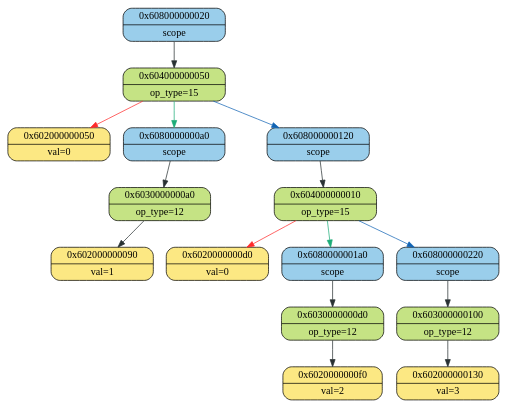
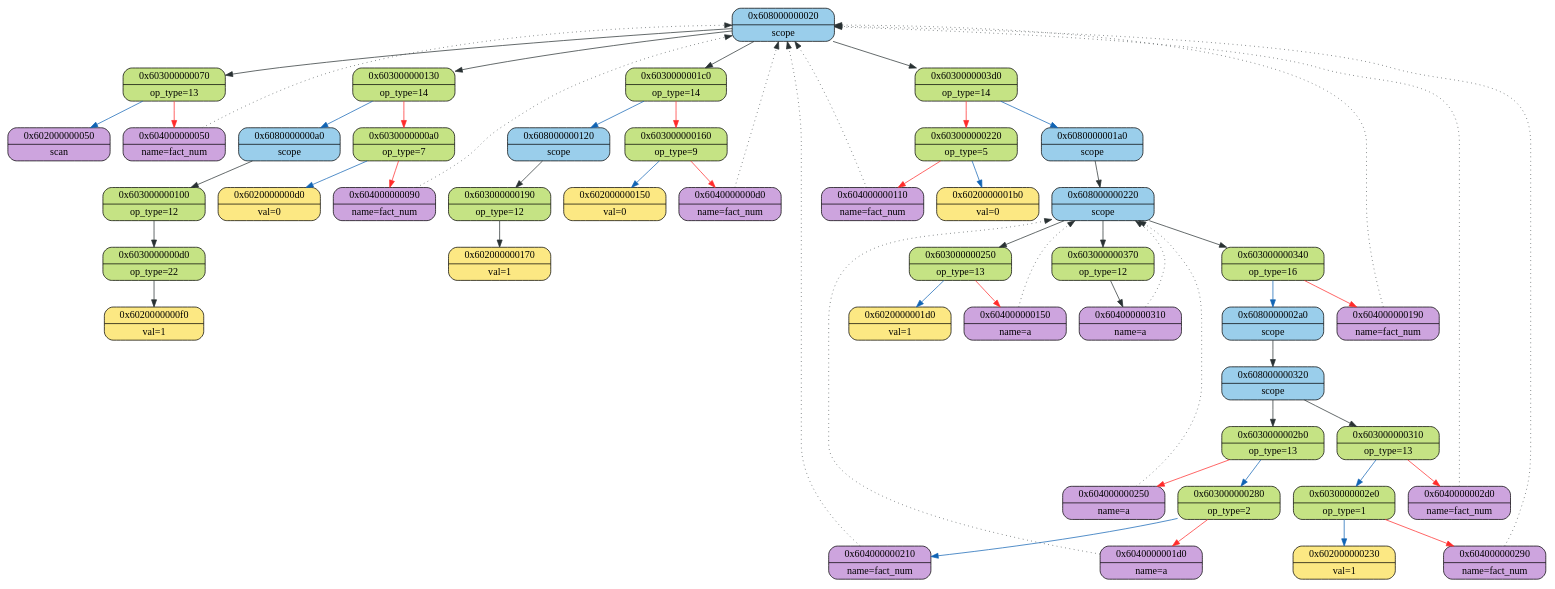
The diagram in ast/logs/log_graphviz.dot (2APetrin/ParaCL), drawn with Graphviz before and after one commit. The commit also changed 3 other files, not shown here.

```diff
--- a/ast/logs/log_graphviz.dot
+++ b/ast/logs/log_graphviz.dot
@@ -1,32 +1,102 @@
 digraph
 {
     node_0x608000000020[shape = Mrecord, label = "{{0x608000000020} | {scope}}", style = "filled", fillcolor = "#9ACEEB"];
-    node_0x604000000050[shape = Mrecord, label = "{{0x604000000050} | {op_type=15}}", style = "filled", fillcolor = "#C5E384"];
-    node_0x602000000050[shape = Mrecord, label = "{{0x602000000050} | {val=0}}", style = "filled", fillcolor = "#FCE883"];
+    node_0x603000000070[shape = Mrecord, label = "{{0x603000000070} | {op_type=13}}", style = "filled", fillcolor = "#C5E384"];
+    node_0x604000000050[shape = Mrecord, label = "{{0x604000000050} | {name=fact_num}}", style = "filled", fillcolor = "#CDA4DE"];
+    node_0x604000000050->node_0x608000000020 [ style = "dotted", color = "#293133"];
+    node_0x602000000050[shape = Mrecord, label = "{{0x602000000050} | {scan}}", style = "filled", fillcolor = "#CDA4DE"];
+    node_0x603000000070->node_0x604000000050 [color = "#FF2B2B"];
+    node_0x603000000070->node_0x602000000050 [color = "#1164B4"];
+    node_0x608000000020->node_0x603000000070 [color = "#293133"];
+    node_0x603000000130[shape = Mrecord, label = "{{0x603000000130} | {op_type=14}}", style = "filled", fillcolor = "#C5E384"];
+    node_0x6030000000a0[shape = Mrecord, label = "{{0x6030000000a0} | {op_type=7}}", style = "filled", fillcolor = "#C5E384"];
+    node_0x604000000090[shape = Mrecord, label = "{{0x604000000090} | {name=fact_num}}", style = "filled", fillcolor = "#CDA4DE"];
+    node_0x604000000090->node_0x608000000020 [ style = "dotted", color = "#293133"];
+    node_0x6020000000d0[shape = Mrecord, label = "{{0x6020000000d0} | {val=0}}", style = "filled", fillcolor = "#FCE883"];
+    node_0x6030000000a0->node_0x604000000090 [color = "#FF2B2B"];
+    node_0x6030000000a0->node_0x6020000000d0 [color = "#1164B4"];
     node_0x6080000000a0[shape = Mrecord, label = "{{0x6080000000a0} | {scope}}", style = "filled", fillcolor = "#9ACEEB"];
-    node_0x6030000000a0[shape = Mrecord, label = "{{0x6030000000a0} | {op_type=12}}", style = "filled", fillcolor = "#C5E384"];
-    node_0x602000000090[shape = Mrecord, label = "{{0x602000000090} | {val=1}}", style = "filled", fillcolor = "#FCE883"];
-    node_0x6030000000a0->node_0x602000000090 [color = "#293133"];
-    node_0x6080000000a0->node_0x6030000000a0 [color = "#293133"];
+    node_0x603000000100[shape = Mrecord, label = "{{0x603000000100} | {op_type=12}}", style = "filled", fillcolor = "#C5E384"];
+    node_0x6030000000d0[shape = Mrecord, label = "{{0x6030000000d0} | {op_type=22}}", style = "filled", fillcolor = "#C5E384"];
+    node_0x6020000000f0[shape = Mrecord, label = "{{0x6020000000f0} | {val=1}}", style = "filled", fillcolor = "#FCE883"];
+    node_0x6030000000d0->node_0x6020000000f0 [color = "#293133"];
+    node_0x603000000100->node_0x6030000000d0 [color = "#293133"];
+    node_0x6080000000a0->node_0x603000000100 [color = "#293133"];
+    node_0x603000000130->node_0x6030000000a0 [color = "#FF2B2B"];
+    node_0x603000000130->node_0x6080000000a0 [color = "#1164B4"];
+    node_0x608000000020->node_0x603000000130 [color = "#293133"];
+    node_0x6030000001c0[shape = Mrecord, label = "{{0x6030000001c0} | {op_type=14}}", style = "filled", fillcolor = "#C5E384"];
+    node_0x603000000160[shape = Mrecord, label = "{{0x603000000160} | {op_type=9}}", style = "filled", fillcolor = "#C5E384"];
+    node_0x6040000000d0[shape = Mrecord, label = "{{0x6040000000d0} | {name=fact_num}}", style = "filled", fillcolor = "#CDA4DE"];
+    node_0x6040000000d0->node_0x608000000020 [ style = "dotted", color = "#293133"];
+    node_0x602000000150[shape = Mrecord, label = "{{0x602000000150} | {val=0}}", style = "filled", fillcolor = "#FCE883"];
+    node_0x603000000160->node_0x6040000000d0 [color = "#FF2B2B"];
+    node_0x603000000160->node_0x602000000150 [color = "#1164B4"];
     node_0x608000000120[shape = Mrecord, label = "{{0x608000000120} | {scope}}", style = "filled", fillcolor = "#9ACEEB"];
-    node_0x604000000010[shape = Mrecord, label = "{{0x604000000010} | {op_type=15}}", style = "filled", fillcolor = "#C5E384"];
-    node_0x6020000000d0[shape = Mrecord, label = "{{0x6020000000d0} | {val=0}}", style = "filled", fillcolor = "#FCE883"];
+    node_0x603000000190[shape = Mrecord, label = "{{0x603000000190} | {op_type=12}}", style = "filled", fillcolor = "#C5E384"];
+    node_0x602000000170[shape = Mrecord, label = "{{0x602000000170} | {val=1}}", style = "filled", fillcolor = "#FCE883"];
+    node_0x603000000190->node_0x602000000170 [color = "#293133"];
+    node_0x608000000120->node_0x603000000190 [color = "#293133"];
+    node_0x6030000001c0->node_0x603000000160 [color = "#FF2B2B"];
+    node_0x6030000001c0->node_0x608000000120 [color = "#1164B4"];
+    node_0x608000000020->node_0x6030000001c0 [color = "#293133"];
+    node_0x6030000003d0[shape = Mrecord, label = "{{0x6030000003d0} | {op_type=14}}", style = "filled", fillcolor = "#C5E384"];
+    node_0x603000000220[shape = Mrecord, label = "{{0x603000000220} | {op_type=5}}", style = "filled", fillcolor = "#C5E384"];
+    node_0x604000000110[shape = Mrecord, label = "{{0x604000000110} | {name=fact_num}}", style = "filled", fillcolor = "#CDA4DE"];
+    node_0x604000000110->node_0x608000000020 [ style = "dotted", color = "#293133"];
+    node_0x6020000001b0[shape = Mrecord, label = "{{0x6020000001b0} | {val=0}}", style = "filled", fillcolor = "#FCE883"];
+    node_0x603000000220->node_0x604000000110 [color = "#FF2B2B"];
+    node_0x603000000220->node_0x6020000001b0 [color = "#1164B4"];
     node_0x6080000001a0[shape = Mrecord, label = "{{0x6080000001a0} | {scope}}", style = "filled", fillcolor = "#9ACEEB"];
-    node_0x6030000000d0[shape = Mrecord, label = "{{0x6030000000d0} | {op_type=12}}", style = "filled", fillcolor = "#C5E384"];
-    node_0x6020000000f0[shape = Mrecord, label = "{{0x6020000000f0} | {val=2}}", style = "filled", fillcolor = "#FCE883"];
-    node_0x6030000000d0->node_0x6020000000f0 [color = "#293133"];
-    node_0x6080000001a0->node_0x6030000000d0 [color = "#293133"];
     node_0x608000000220[shape = Mrecord, label = "{{0x608000000220} | {scope}}", style = "filled", fillcolor = "#9ACEEB"];
-    node_0x603000000100[shape = Mrecord, label = "{{0x603000000100} | {op_type=12}}", style = "filled", fillcolor = "#C5E384"];
-    node_0x602000000130[shape = Mrecord, label = "{{0x602000000130} | {val=3}}", style = "filled", fillcolor = "#FCE883"];
-    node_0x603000000100->node_0x602000000130 [color = "#293133"];
-    node_0x608000000220->node_0x603000000100 [color = "#293133"];
-    node_0x604000000010->node_0x6020000000d0 [color = "#FF2B2B"];
-    node_0x604000000010->node_0x6080000001a0 [color = "#1CAC78"];
-    node_0x604000000010->node_0x608000000220 [color = "#1164B4"];
-    node_0x608000000120->node_0x604000000010 [color = "#293133"];
-    node_0x604000000050->node_0x602000000050 [color = "#FF2B2B"];
-    node_0x604000000050->node_0x6080000000a0 [color = "#1CAC78"];
-    node_0x604000000050->node_0x608000000120 [color = "#1164B4"];
-    node_0x608000000020->node_0x604000000050 [color = "#293133"];
+    node_0x603000000250[shape = Mrecord, label = "{{0x603000000250} | {op_type=13}}", style = "filled", fillcolor = "#C5E384"];
+    node_0x604000000150[shape = Mrecord, label = "{{0x604000000150} | {name=a}}", style = "filled", fillcolor = "#CDA4DE"];
+    node_0x604000000150->node_0x608000000220 [ style = "dotted", color = "#293133"];
+    node_0x6020000001d0[shape = Mrecord, label = "{{0x6020000001d0} | {val=1}}", style = "filled", fillcolor = "#FCE883"];
+    node_0x603000000250->node_0x604000000150 [color = "#FF2B2B"];
+    node_0x603000000250->node_0x6020000001d0 [color = "#1164B4"];
+    node_0x608000000220->node_0x603000000250 [color = "#293133"];
+    node_0x603000000340[shape = Mrecord, label = "{{0x603000000340} | {op_type=16}}", style = "filled", fillcolor = "#C5E384"];
+    node_0x604000000190[shape = Mrecord, label = "{{0x604000000190} | {name=fact_num}}", style = "filled", fillcolor = "#CDA4DE"];
+    node_0x604000000190->node_0x608000000020 [ style = "dotted", color = "#293133"];
+    node_0x6080000002a0[shape = Mrecord, label = "{{0x6080000002a0} | {scope}}", style = "filled", fillcolor = "#9ACEEB"];
+    node_0x608000000320[shape = Mrecord, label = "{{0x608000000320} | {scope}}", style = "filled", fillcolor = "#9ACEEB"];
+    node_0x6030000002b0[shape = Mrecord, label = "{{0x6030000002b0} | {op_type=13}}", style = "filled", fillcolor = "#C5E384"];
+    node_0x604000000250[shape = Mrecord, label = "{{0x604000000250} | {name=a}}", style = "filled", fillcolor = "#CDA4DE"];
+    node_0x604000000250->node_0x608000000220 [ style = "dotted", color = "#293133"];
+    node_0x603000000280[shape = Mrecord, label = "{{0x603000000280} | {op_type=2}}", style = "filled", fillcolor = "#C5E384"];
+    node_0x6040000001d0[shape = Mrecord, label = "{{0x6040000001d0} | {name=a}}", style = "filled", fillcolor = "#CDA4DE"];
+    node_0x6040000001d0->node_0x608000000220 [ style = "dotted", color = "#293133"];
+    node_0x604000000210[shape = Mrecord, label = "{{0x604000000210} | {name=fact_num}}", style = "filled", fillcolor = "#CDA4DE"];
+    node_0x604000000210->node_0x608000000020 [ style = "dotted", color = "#293133"];
+    node_0x603000000280->node_0x6040000001d0 [color = "#FF2B2B"];
+    node_0x603000000280->node_0x604000000210 [color = "#1164B4"];
+    node_0x6030000002b0->node_0x604000000250 [color = "#FF2B2B"];
+    node_0x6030000002b0->node_0x603000000280 [color = "#1164B4"];
+    node_0x608000000320->node_0x6030000002b0 [color = "#293133"];
+    node_0x603000000310[shape = Mrecord, label = "{{0x603000000310} | {op_type=13}}", style = "filled", fillcolor = "#C5E384"];
+    node_0x6040000002d0[shape = Mrecord, label = "{{0x6040000002d0} | {name=fact_num}}", style = "filled", fillcolor = "#CDA4DE"];
+    node_0x6040000002d0->node_0x608000000020 [ style = "dotted", color = "#293133"];
+    node_0x6030000002e0[shape = Mrecord, label = "{{0x6030000002e0} | {op_type=1}}", style = "filled", fillcolor = "#C5E384"];
+    node_0x604000000290[shape = Mrecord, label = "{{0x604000000290} | {name=fact_num}}", style = "filled", fillcolor = "#CDA4DE"];
+    node_0x604000000290->node_0x608000000020 [ style = "dotted", color = "#293133"];
+    node_0x602000000230[shape = Mrecord, label = "{{0x602000000230} | {val=1}}", style = "filled", fillcolor = "#FCE883"];
+    node_0x6030000002e0->node_0x604000000290 [color = "#FF2B2B"];
+    node_0x6030000002e0->node_0x602000000230 [color = "#1164B4"];
+    node_0x603000000310->node_0x6040000002d0 [color = "#FF2B2B"];
+    node_0x603000000310->node_0x6030000002e0 [color = "#1164B4"];
+    node_0x608000000320->node_0x603000000310 [color = "#293133"];
+    node_0x6080000002a0->node_0x608000000320 [color = "#293133"];
+    node_0x603000000340->node_0x604000000190 [color = "#FF2B2B"];
+    node_0x603000000340->node_0x6080000002a0 [color = "#1164B4"];
+    node_0x608000000220->node_0x603000000340 [color = "#293133"];
+    node_0x603000000370[shape = Mrecord, label = "{{0x603000000370} | {op_type=12}}", style = "filled", fillcolor = "#C5E384"];
+    node_0x604000000310[shape = Mrecord, label = "{{0x604000000310} | {name=a}}", style = "filled", fillcolor = "#CDA4DE"];
+    node_0x604000000310->node_0x608000000220 [ style = "dotted", color = "#293133"];
+    node_0x603000000370->node_0x604000000310 [color = "#293133"];
+    node_0x608000000220->node_0x603000000370 [color = "#293133"];
+    node_0x6080000001a0->node_0x608000000220 [color = "#293133"];
+    node_0x6030000003d0->node_0x603000000220 [color = "#FF2B2B"];
+    node_0x6030000003d0->node_0x6080000001a0 [color = "#1164B4"];
+    node_0x608000000020->node_0x6030000003d0 [color = "#293133"];
 }
```
